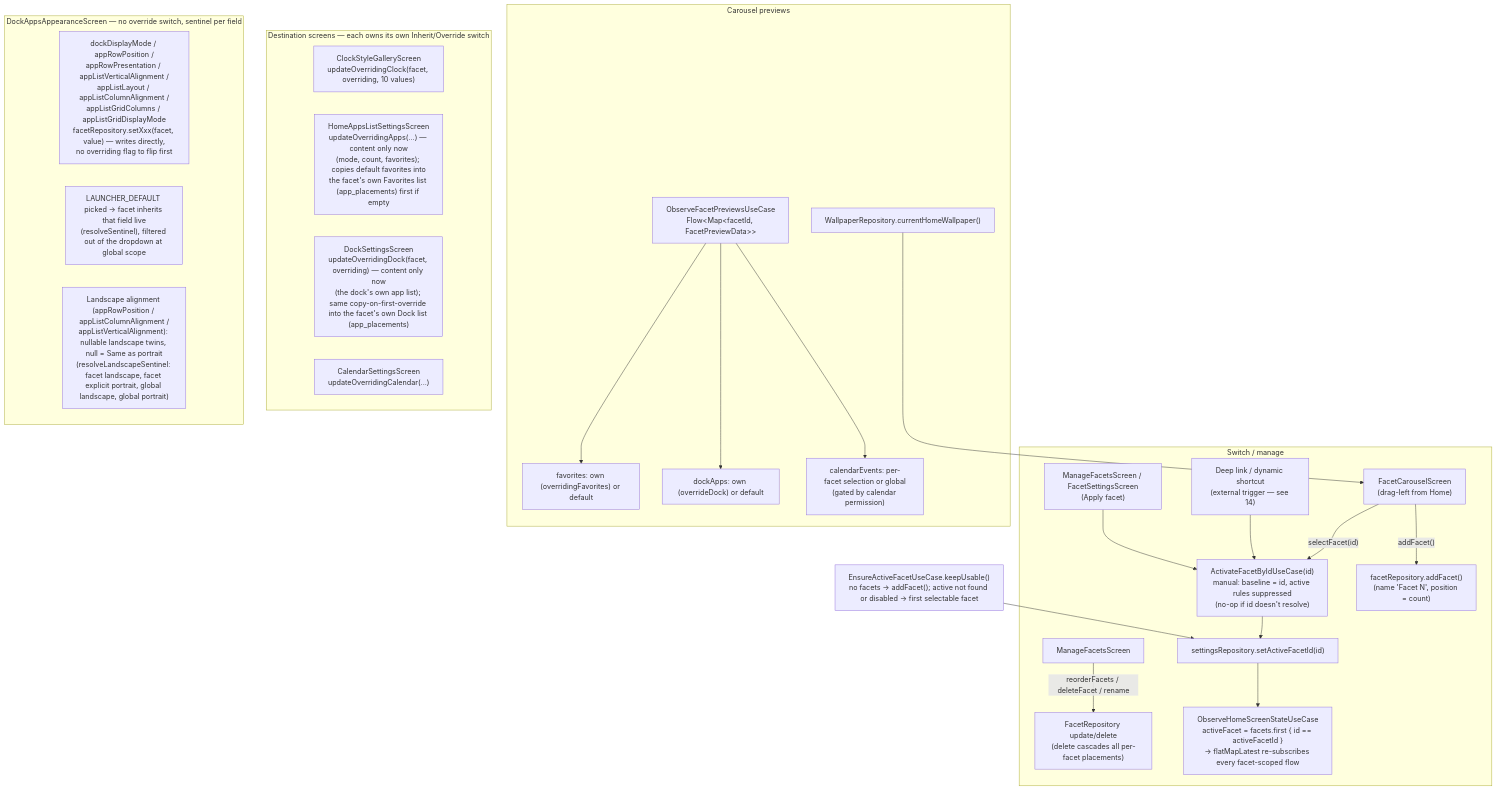
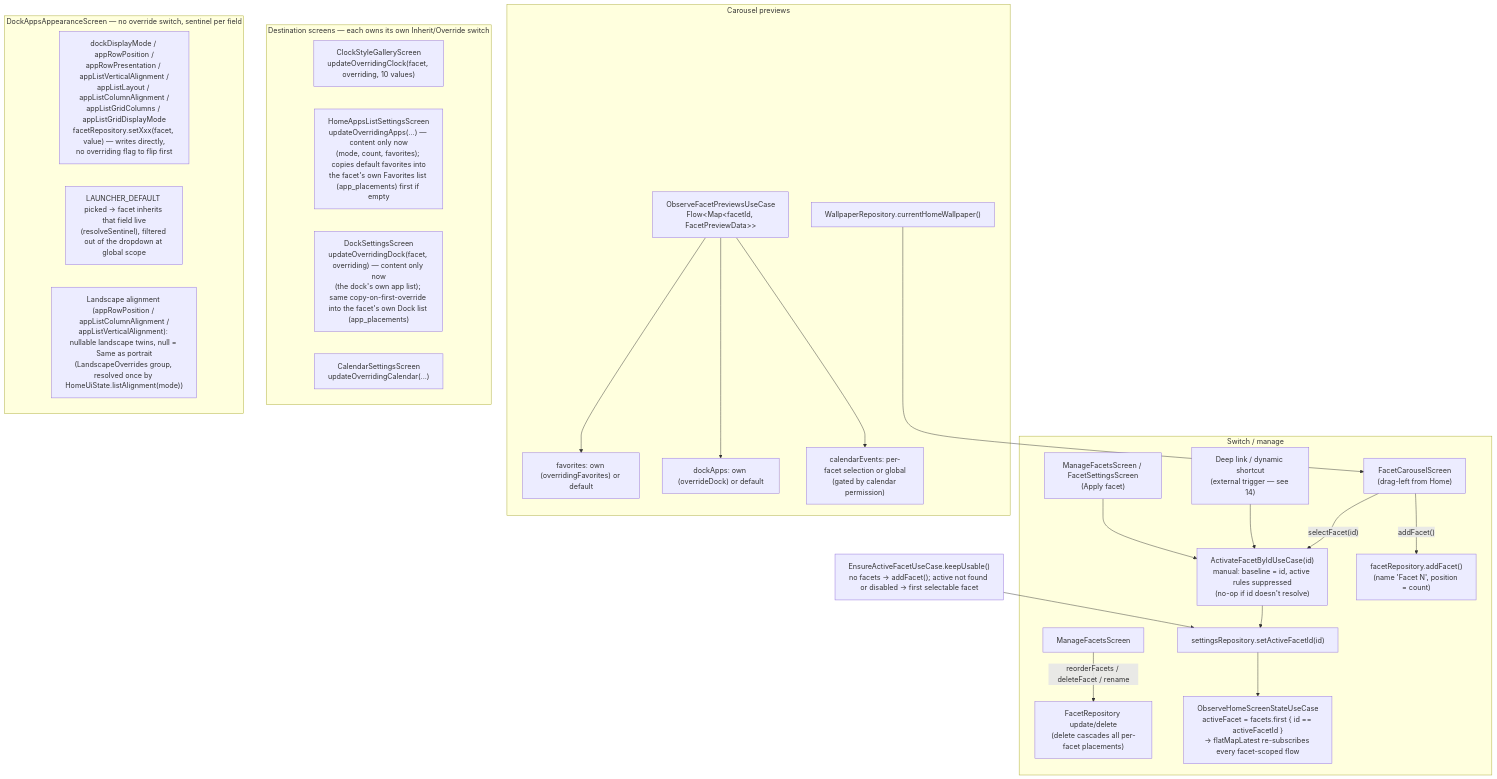
One commit to rohitganjam/facet-launcher changed the first of 5 diagrams in docs/architecture/13-flow-facets-theme-notifications-onboarding.md. Above: the diagram before and after it, drawn with Mermaid. The commit also changed 33 other files, not shown here.

First line of the commit message:
Landscape: group the twins, resolve once, one writer per layer

````diff
--- a/docs/architecture/13-flow-facets-theme-notifications-onboarding.md
+++ b/docs/architecture/13-flow-facets-theme-notifications-onboarding.md
@@ -11,31 +11,31 @@
 ```mermaid
 flowchart TB
     subgraph SWITCH["Switch / manage"]
         CAR["FacetCarouselScreen\n(drag-left from Home)"] -- "selectFacet(id)" --> UC["ActivateFacetByIdUseCase(id)\nmanual: baseline = id, active rules suppressed\n(no-op if id doesn't resolve)"]
         EXT["Deep link / dynamic shortcut\n(external trigger — see 14)"] --> UC
         MANA["ManageFacetsScreen / FacetSettingsScreen\n(Apply facet)"] --> UC
         UC --> S1["settingsRepository.setActiveFacetId(id)"]
         CAR -- "addFacet()" --> S2["facetRepository.addFacet()\n(name 'Facet N', position = count)"]
         MAN["ManageFacetsScreen"] -- "reorderFacets / deleteFacet / rename" --> S3["FacetRepository update/delete\n(delete cascades all per-facet placements)"]
         S1 --> HOME["ObserveHomeScreenStateUseCase\nactiveFacet = facets.first { id == activeFacetId }\n→ flatMapLatest re-subscribes every facet-scoped flow"]
     end
     subgraph PREVIEW["Carousel previews"]
         OFP["ObserveFacetPreviewsUseCase\nFlow&lt;Map&lt;facetId, FacetPreviewData&gt;&gt;"]
         OFP --> P1["favorites: own (overridingFavorites) or default"]
         OFP --> P2["dockApps: own (overrideDock) or default"]
         OFP --> P3["calendarEvents: per-facet selection or global\n(gated by calendar permission)"]
         WP["WallpaperRepository.currentHomeWallpaper()"] --> CAR
     end
     subgraph OVERRIDE["Destination screens — each owns its own Inherit/Override switch"]
         C1["ClockStyleGalleryScreen\nupdateOverridingClock(facet, overriding, 10 values)"]
         C2["HomeAppsListSettingsScreen\nupdateOverridingApps(...) — content only now\n(mode, count, favorites); copies default favorites into\nthe facet's own Favorites list (app_placements) first if empty"]
         C3["DockSettingsScreen\nupdateOverridingDock(facet, overriding) — content only now\n(the dock's own app list); same copy-on-first-override into the facet's own Dock list (app_placements)"]
         C4["CalendarSettingsScreen\nupdateOverridingCalendar(...)"]
     end
     subgraph LOOK["DockAppsAppearanceScreen — no override switch, sentinel per field"]
         A1["dockDisplayMode / appRowPosition /\nappRowPresentation / appListVerticalAlignment /\nappListLayout / appListColumnAlignment /\nappListGridColumns / appListGridDisplayMode\nfacetRepository.setXxx(facet, value) — writes directly,\nno overriding flag to flip first"]
         A2["LAUNCHER_DEFAULT picked → facet inherits that field live\n(resolveSentinel), filtered out of the dropdown at global scope"]
-        A3["Landscape alignment (appRowPosition / appListColumnAlignment /\nappListVerticalAlignment): nullable landscape twins, null = Same as portrait\n(resolveLandscapeSentinel: facet landscape, facet explicit portrait, global landscape, global portrait)"]
+        A3["Landscape alignment (appRowPosition / appListColumnAlignment /\nappListVerticalAlignment): nullable landscape twins, null = Same as portrait\n(LandscapeOverrides group, resolved once by HomeUiState.listAlignment(mode))"]
     end
     EAF["EnsureActiveFacetUseCase.keepUsable()\nno facets → addFacet(); active not found or disabled → first selectable facet"] --> S1
 ```
````
